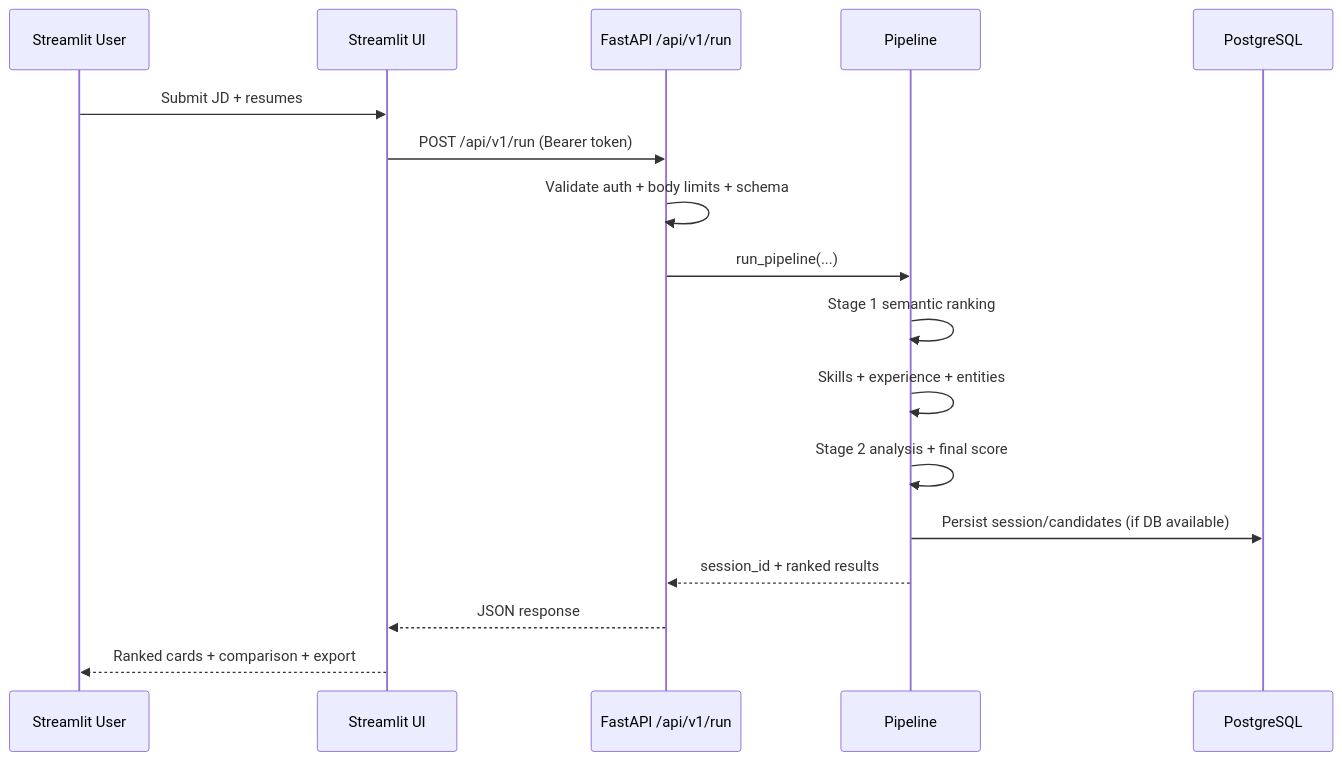
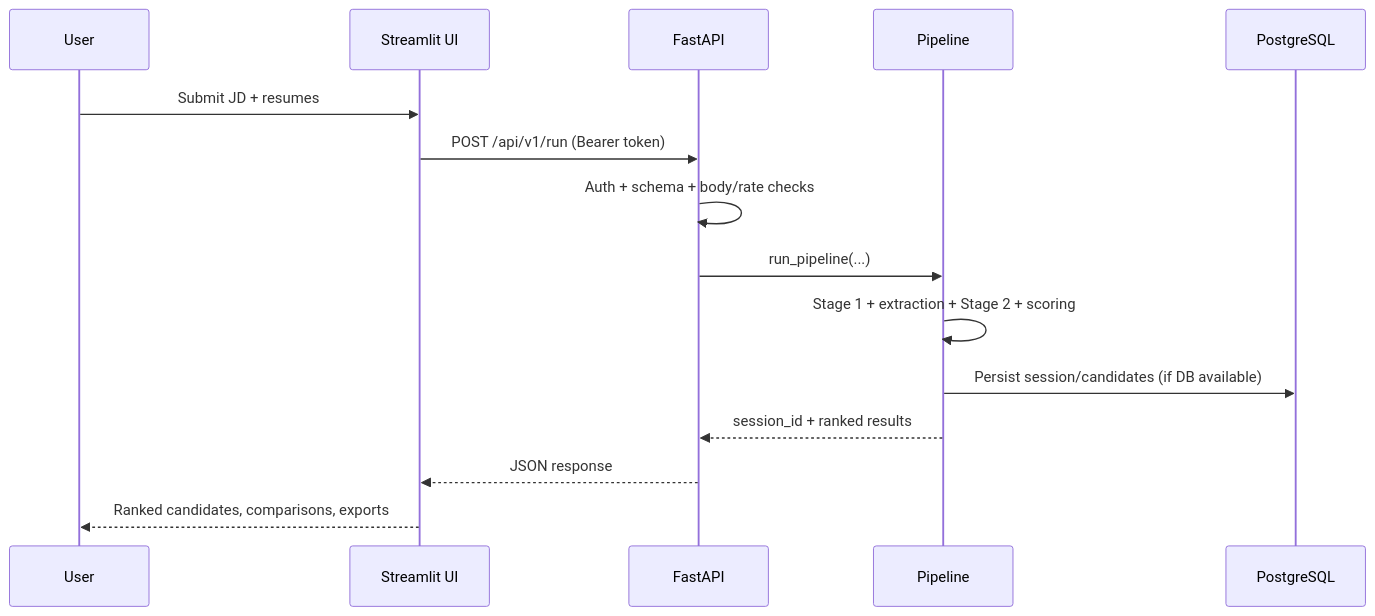
One commit to Eslamelzamkan/talent-scout-screening changed the second of 3 diagrams in README.md. Above: the diagram before and after it, drawn with Mermaid. The commit also changed other lines of this file, not shown here.

Commit message:
Revise README to match current architecture and setup

````diff
--- a/README.md
+++ b/README.md
@@ -49,20 +56,18 @@
 ```mermaid
 sequenceDiagram
-    participant U as Streamlit User
+    participant U as User
     participant S as Streamlit UI
-    participant A as FastAPI /api/v1/run
+    participant A as FastAPI
     participant P as Pipeline
     participant D as PostgreSQL
 
     U->>S: Submit JD + resumes
     S->>A: POST /api/v1/run (Bearer token)
-    A->>A: Validate auth + body limits + schema
+    A->>A: Auth + schema + body/rate checks
     A->>P: run_pipeline(...)
-    P->>P: Stage 1 semantic ranking
-    P->>P: Skills + experience + entities
-    P->>P: Stage 2 analysis + final score
+    P->>P: Stage 1 + extraction + Stage 2 + scoring
     P->>D: Persist session/candidates (if DB available)
     P-->>A: session_id + ranked results
     A-->>S: JSON response
-    S-->>U: Ranked cards + comparison + export
+    S-->>U: Ranked candidates, comparisons, exports
 ```
````
